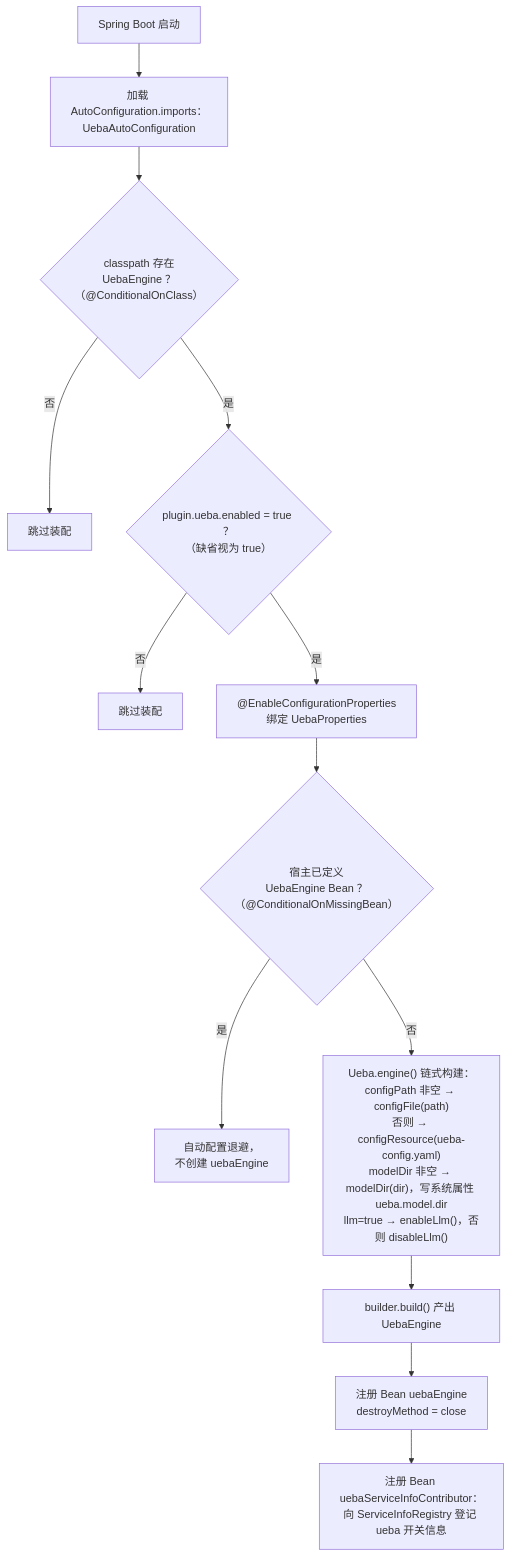
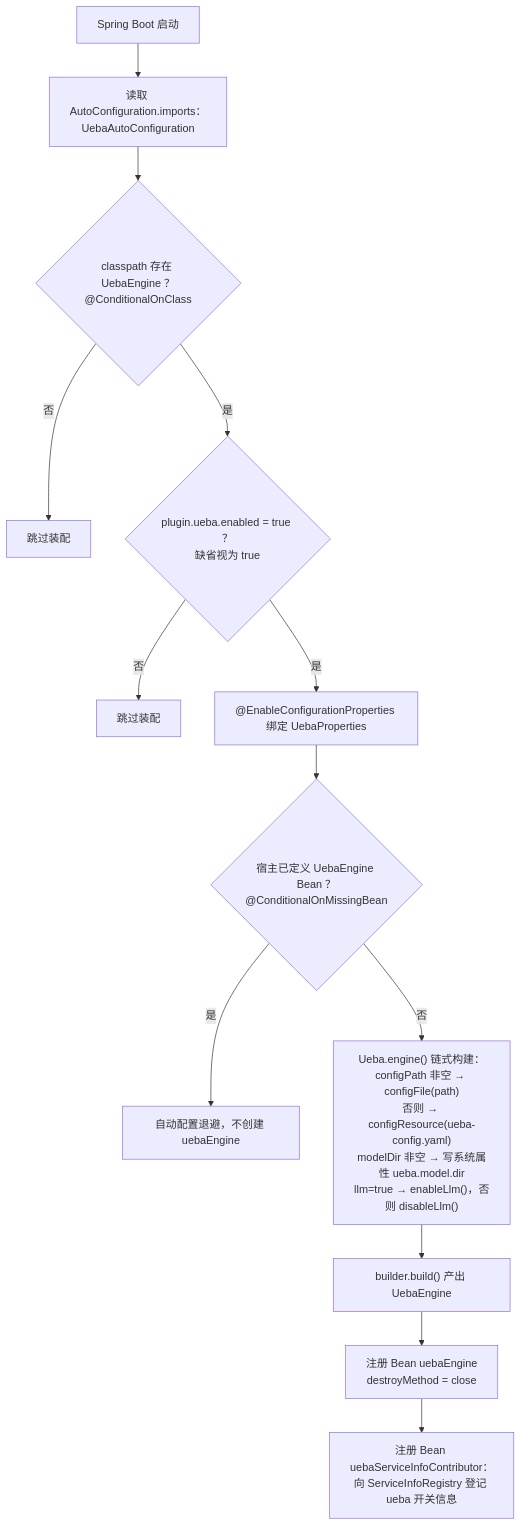
One commit to CHTK001/spring-support-parent-starter changed the second of 2 diagrams in spring-support-ueba-starter/README.md. Above: the diagram before and after it, drawn with Mermaid. The commit also changed other lines of this file and 54 other files, not shown here.

````diff
--- a/spring-support-ueba-starter/README.md
+++ b/spring-support-ueba-starter/README.md
@@ -83,15 +39,15 @@
 ```mermaid
 flowchart TB
-    START["Spring Boot 启动"] --> IMPORTS["加载 AutoConfiguration.imports：<br/>UebaAutoConfiguration"]
-    IMPORTS --> C1{"classpath 存在<br/>UebaEngine ？<br/>（@ConditionalOnClass）"}
+    START["Spring Boot 启动"] --> IMPORTS["读取 AutoConfiguration.imports：<br/>UebaAutoConfiguration"]
+    IMPORTS --> C1{"classpath 存在 UebaEngine ？<br/>@ConditionalOnClass"}
     C1 -->|"否"| SKIP1["跳过装配"]
-    C1 -->|"是"| C2{"plugin.ueba.enabled = true ？<br/>（缺省视为 true）"}
+    C1 -->|"是"| C2{"plugin.ueba.enabled = true ？<br/>缺省视为 true"}
     C2 -->|"否"| SKIP2["跳过装配"]
-    C2 -->|"是"| BIND["@EnableConfigurationProperties<br/>绑定 UebaProperties"]
-    BIND --> B1{"宿主已定义<br/>UebaEngine Bean ？<br/>（@ConditionalOnMissingBean）"}
-    B1 -->|"是"| BACK["自动配置退避，<br/>不创建 uebaEngine"]
-    B1 -->|"否"| CHAIN["Ueba.engine() 链式构建：<br/>configPath 非空 → configFile(path)<br/>否则 → configResource(ueba-config.yaml)<br/>modelDir 非空 → modelDir(dir)，写系统属性 ueba.model.dir<br/>llm=true → enableLlm()，否则 disableLlm()"]
+    C2 -->|"是"| BIND["@EnableConfigurationProperties 绑定 UebaProperties"]
+    BIND --> B1{"宿主已定义 UebaEngine Bean ？<br/>@ConditionalOnMissingBean"}
+    B1 -->|"是"| BACK["自动配置退避，不创建 uebaEngine"]
+    B1 -->|"否"| CHAIN["Ueba.engine() 链式构建：<br/>configPath 非空 → configFile(path)<br/>否则 → configResource(ueba-config.yaml)<br/>modelDir 非空 → 写系统属性 ueba.model.dir<br/>llm=true → enableLlm()，否则 disableLlm()"]
     CHAIN --> BUILD["builder.build() 产出 UebaEngine"]
     BUILD --> REG["注册 Bean uebaEngine<br/>destroyMethod = close"]
     REG --> SIC["注册 Bean uebaServiceInfoContributor：<br/>向 ServiceInfoRegistry 登记 ueba 开关信息"]
 ```
````
